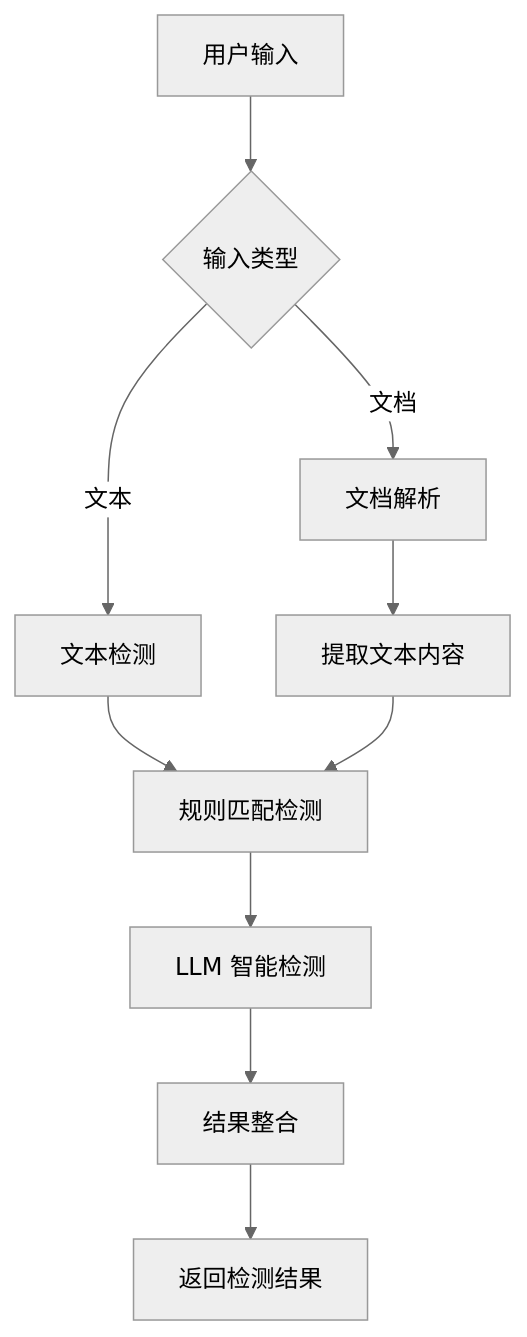
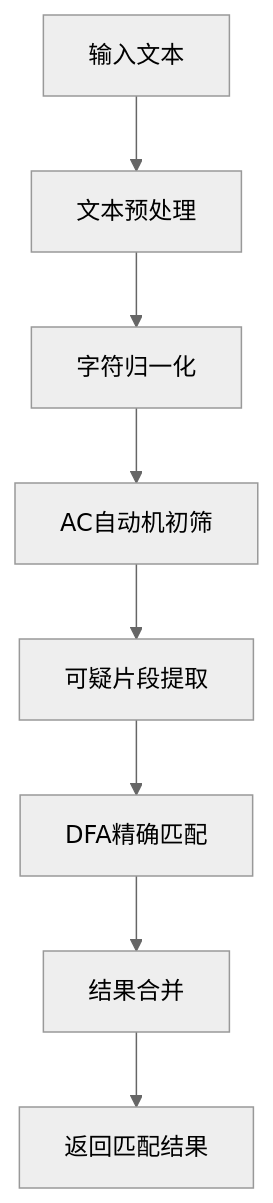
The third of 3 diagrams in README.md (martingoodmorning/sensitive-detector-v1.0.0), drawn with Mermaid (neutral theme) before and after one commit. The commit also changed other lines of this file and 5 other files, not shown here.

````diff
--- a/README.md
+++ b/README.md
@@ -118,12 +157,10 @@
 ```mermaid
 graph TD
-    A[用户输入] --> B{输入类型}
-    B -->|文本| C[文本检测]
-    B -->|文档| D[文档解析]
-    D --> E[提取文本内容]
-    C --> F[规则匹配检测]
-    E --> F
-    F --> G[LLM 智能检测]
-    G --> H[结果整合]
-    H --> I[返回检测结果]
+    A[输入文本] --> B[文本预处理]
+    B --> C[字符归一化]
+    C --> D[AC自动机初筛]
+    D --> E[可疑片段提取]
+    E --> F[DFA精确匹配]
+    F --> G[结果合并]
+    G --> H[返回匹配结果]
 ```
````
